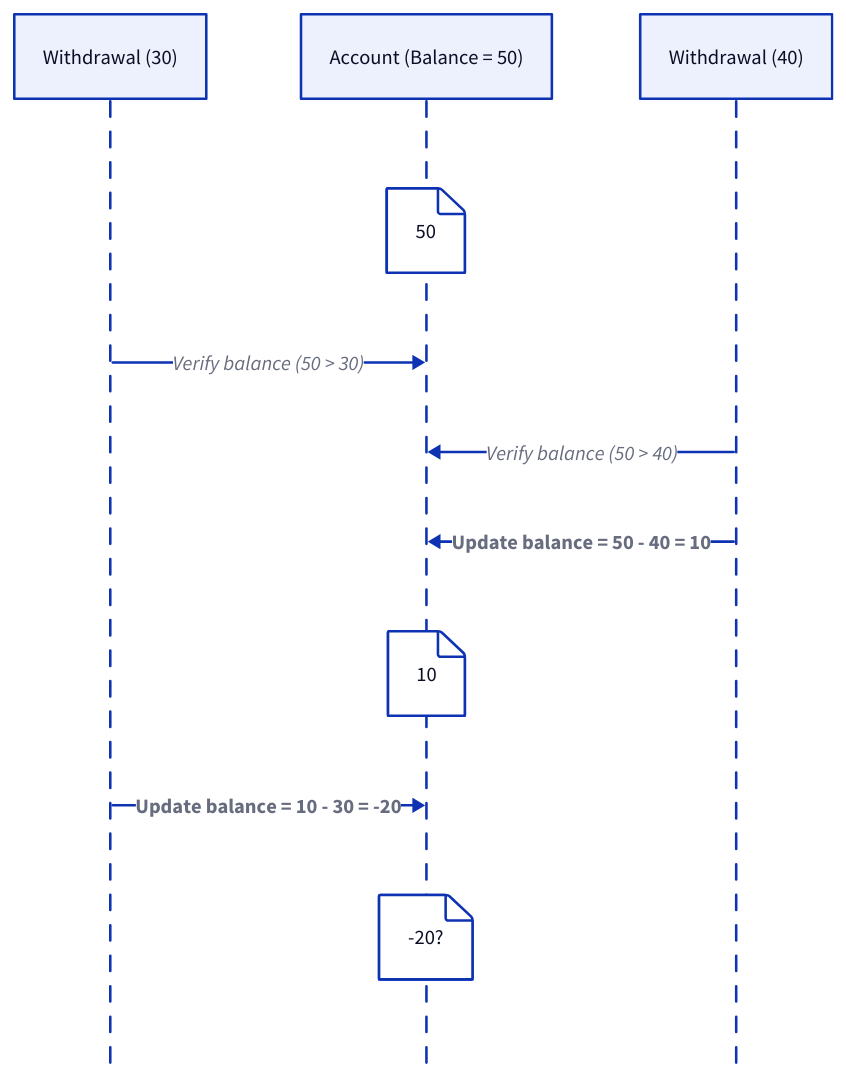
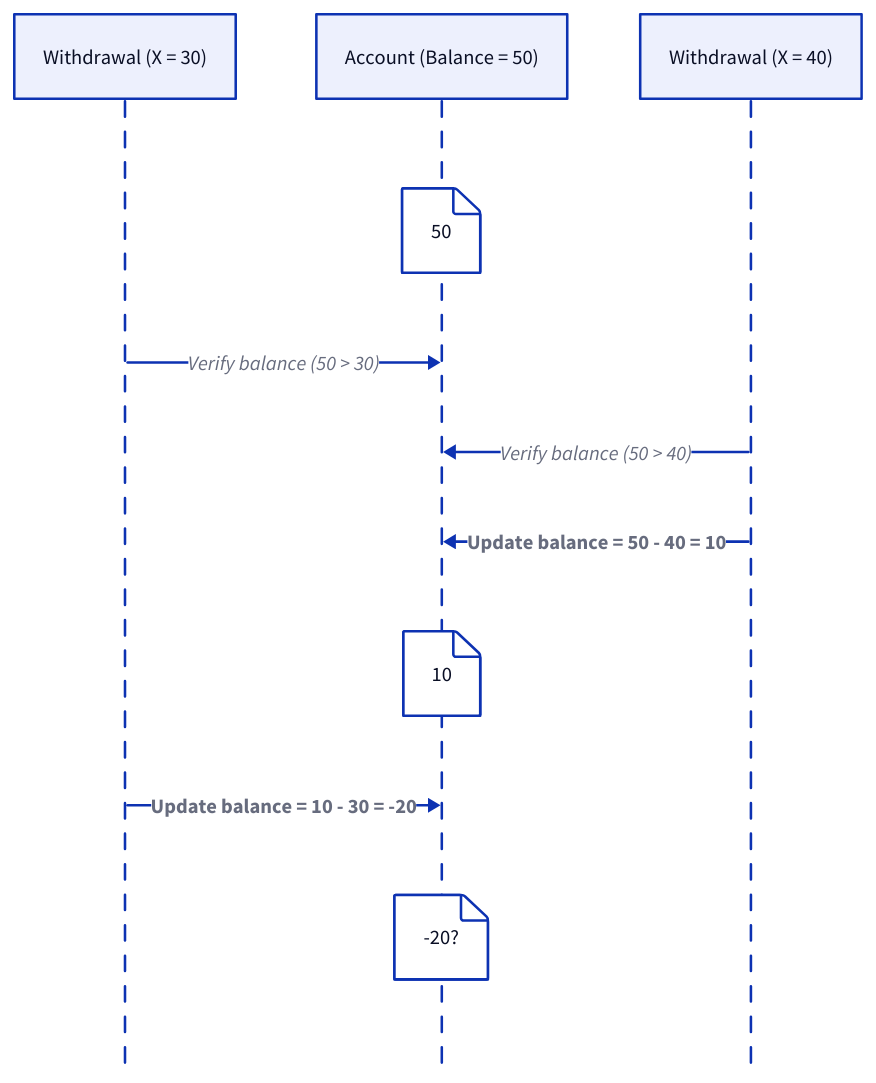
Before and after one commit to link1905/system-design-101: the first of 23 diagrams in content/data-persistence/sql-database/concurrency-control.md, drawn with D2. The commit also changed other lines of this file and 13 other files, not shown here.

````diff
--- a/content/data-persistence/sql-database/concurrency-control.md
+++ b/content/data-persistence/sql-database/concurrency-control.md
@@ -42,23 +42,23 @@
 ```d2
 shape: sequence_diagram
-w: Withdrawal (30)
+w: Withdrawal (X = 30)
 a: Account (Balance = 50)
-d: Withdrawal (40)
+d: Withdrawal (X = 40)
 a {
   "50"
 }
 w -> a: Verify balance (50 > 30)
 d -> a: Verify balance (50 > 40)
 d -> a: Update balance = 50 - 40 = 10 {
     style.bold: true
 }
 a {
   "10"
 }
 w -> a: Update balance = 10 - 30 = -20 {
     style.bold: true
 }
 a {
   "-20?"
 }
 ```
````
